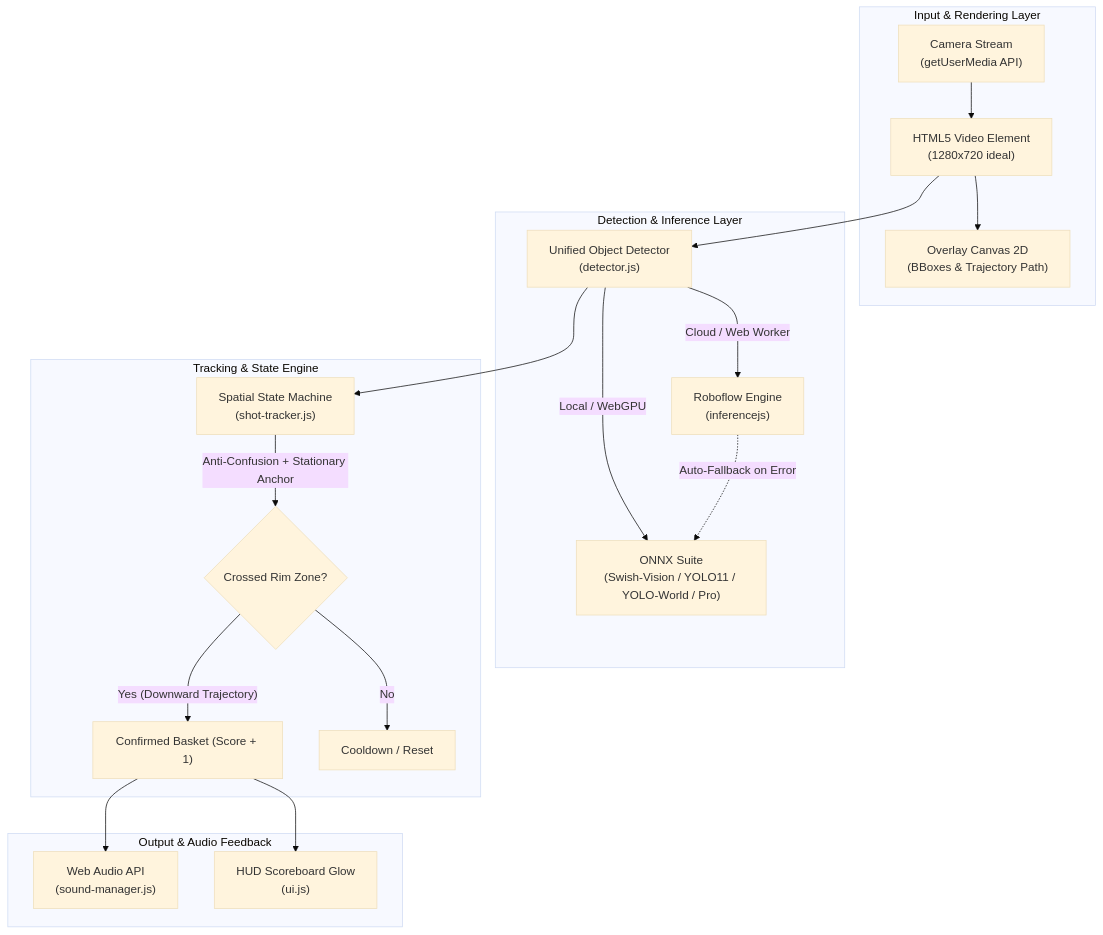
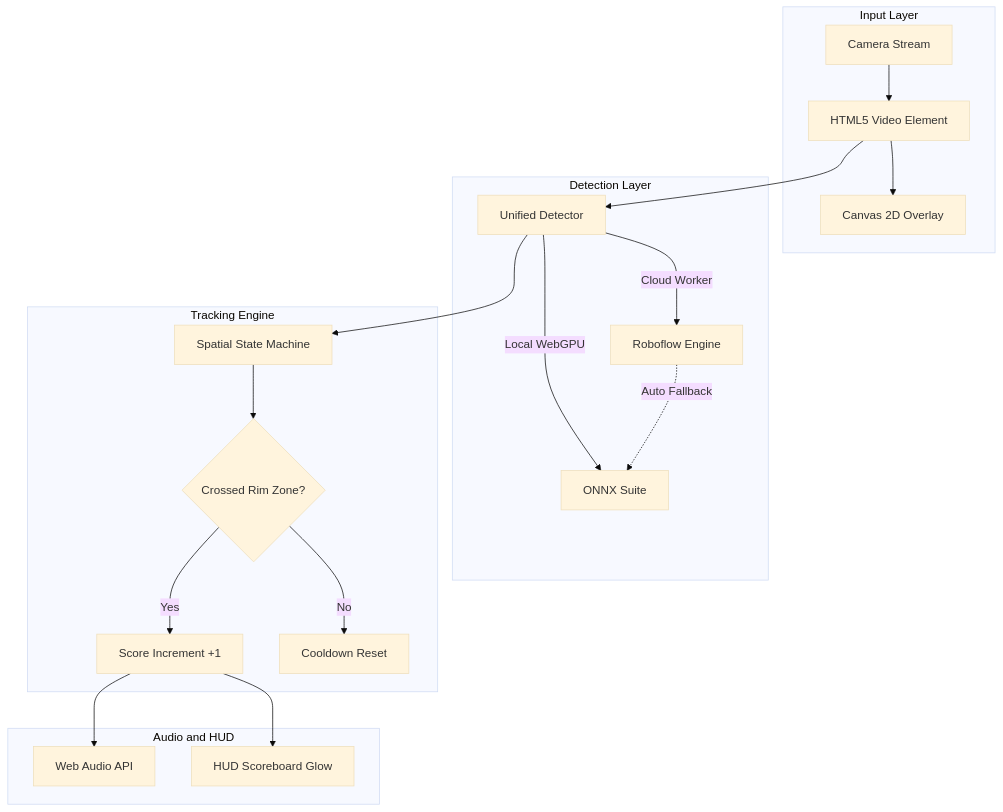
One commit to dechatorn-L/Hoop changed the diagram in README.md. Above: the diagram before and after it, drawn with Mermaid (base theme).

Commit message:
docs: simplify mermaid diagram for 100% markdown compatibility

````diff
--- a/README.md
+++ b/README.md
@@ -43,26 +43,26 @@
 ```mermaid
 graph TD
-    subgraph Input & Rendering Layer
-        A1["Camera Stream<br/>(getUserMedia API)"] --> A2["HTML5 Video Element<br/>(1280x720 ideal)"]
-        A2 --> A3["Overlay Canvas 2D<br/>(BBoxes & Trajectory Path)"]
+    subgraph Input Layer
+        A1["Camera Stream"] --> A2["HTML5 Video Element"]
+        A2 --> A3["Canvas 2D Overlay"]
     end
 
-    subgraph Detection & Inference Layer
-        A2 --> B1["Unified Object Detector<br/>(detector.js)"]
-        B1 -->|Cloud / Web Worker| B2["Roboflow Engine<br/>(inferencejs)"]
-        B1 -->|Local / WebGPU| B3["ONNX Suite<br/>(Swish-Vision / YOLO11 / YOLO-World / Pro)"]
-        B2 -.->|Auto-Fallback on Error| B3
+    subgraph Detection Layer
+        A2 --> B1["Unified Detector"]
+        B1 -->|Cloud Worker| B2["Roboflow Engine"]
+        B1 -->|Local WebGPU| B3["ONNX Suite"]
+        B2 -.->|Auto Fallback| B3
     end
 
-    subgraph Tracking & State Engine
-        B1 --> C1["Spatial State Machine<br/>(shot-tracker.js)"]
-        C1 -->|"Anti-Confusion + Stationary Anchor"| C2{"Crossed Rim Zone?"}
-        C2 -->|"Yes (Downward Trajectory)"| C3["Confirmed Basket (Score + 1)"]
-        C2 -->|"No"| C4["Cooldown / Reset"]
+    subgraph Tracking Engine
+        B1 --> C1["Spatial State Machine"]
+        C1 --> C2{"Crossed Rim Zone?"}
+        C2 -->|Yes| C3["Score Increment +1"]
+        C2 -->|No| C4["Cooldown Reset"]
     end
 
-    subgraph Output & Audio Feedback
-        C3 --> D1["Web Audio API<br/>(sound-manager.js)"]
-        C3 --> D2["HUD Scoreboard Glow<br/>(ui.js)"]
+    subgraph Audio and HUD
+        C3 --> D1["Web Audio API"]
+        C3 --> D2["HUD Scoreboard Glow"]
     end
 ```
````
